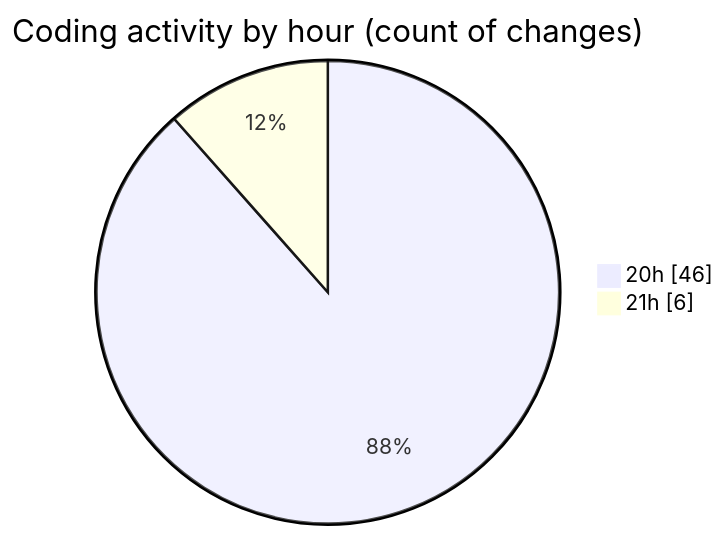
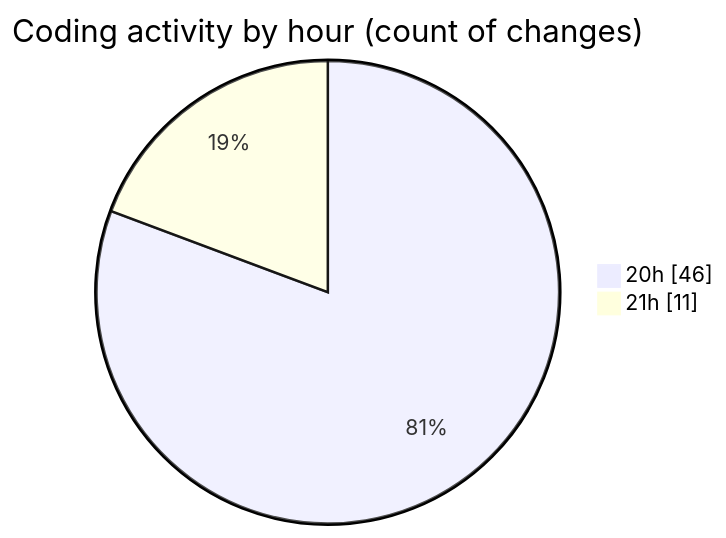
The second of 2 diagrams in 2025-07-19/mern-workoutboard/README.md (Ritupan-Deka/code-tracking), drawn with Mermaid before and after one commit. The commit also changed other lines of this file and 1 other file, not shown here.

````diff
--- a/2025-07-19/mern-workoutboard/README.md
+++ b/2025-07-19/mern-workoutboard/README.md
@@ -29,6 +29,6 @@
 ```mermaid
 pie showData
 title Coding activity by hour (count of changes)
 "20h" : 46
-"21h" : 6
+"21h" : 11
 ```
````
